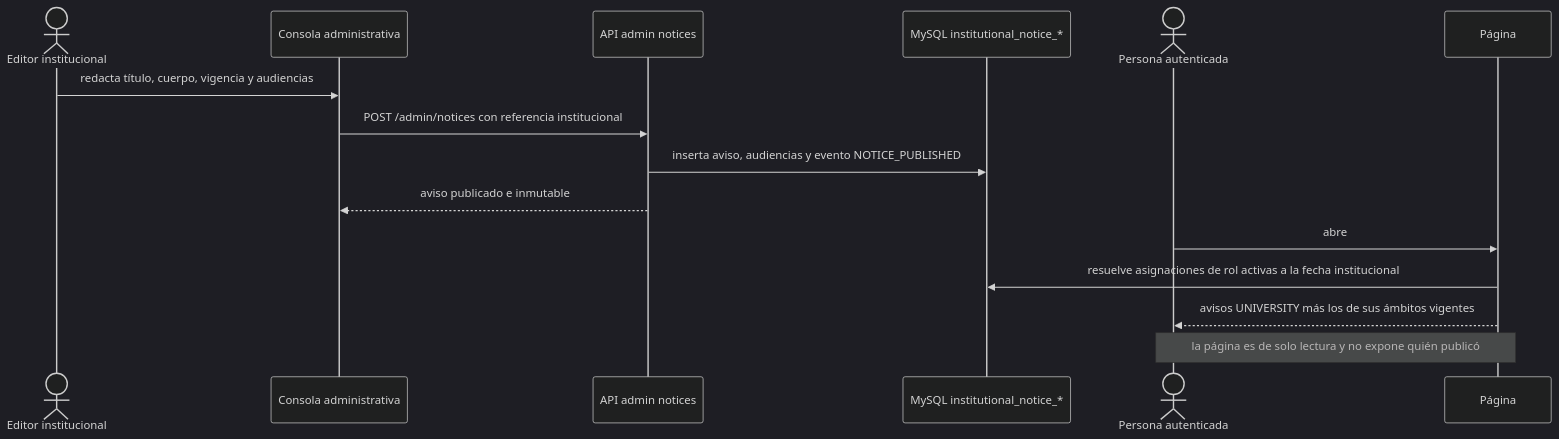
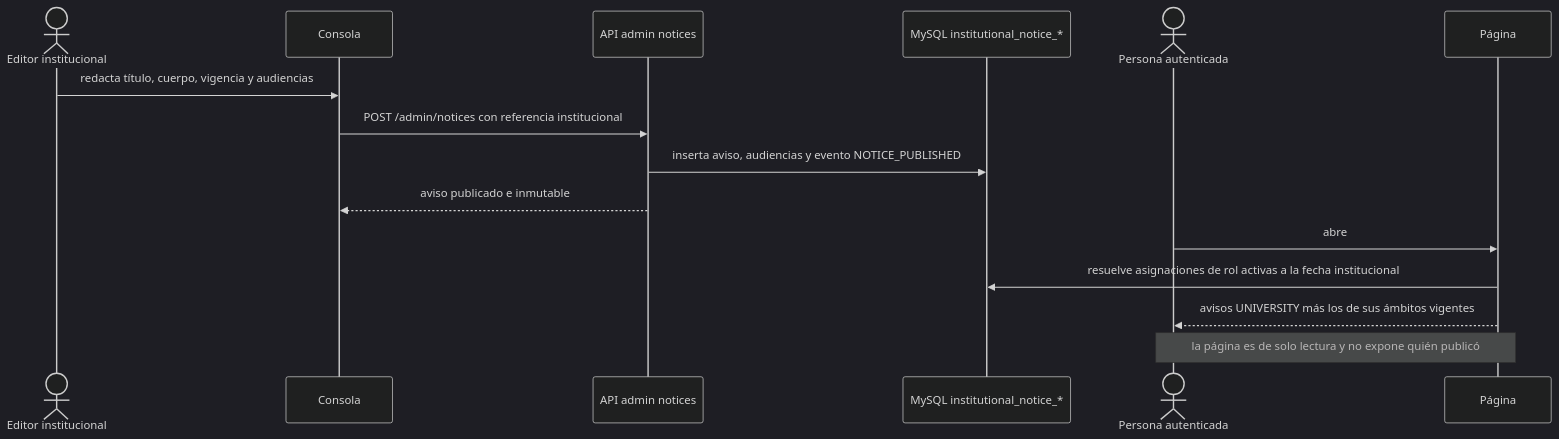
Before and after one commit to jdsalasca/open-university-backend: diagram 36 of 36 in docs/architecture/process-flows.md, drawn with Mermaid (dark theme). The commit also changed other lines of this file and 1 other file, not shown here.

Commit message:
docs: name the notices publishing console in the roadmap and flow

````diff
--- a/docs/architecture/process-flows.md
+++ b/docs/architecture/process-flows.md
@@ -1454,19 +1454,19 @@
 ```mermaid
 sequenceDiagram
   actor Editor as Editor institucional
-  participant Console as Consola administrativa
+  participant Console as Consola #avisos-admin
   participant API as API admin notices
   participant DB as MySQL institutional_notice_*
   actor Person as Persona autenticada
   participant Mine as Página #avisos
 
   Editor->>Console: redacta título, cuerpo, vigencia y audiencias
   Console->>API: POST /admin/notices con referencia institucional
   API->>DB: inserta aviso, audiencias y evento NOTICE_PUBLISHED
   API-->>Console: aviso publicado e inmutable
 
   Person->>Mine: abre #avisos
   Mine->>DB: resuelve asignaciones de rol activas a la fecha institucional
   Mine-->>Person: avisos UNIVERSITY más los de sus ámbitos vigentes
   Note over Mine,Person: la página es de solo lectura y no expone quién publicó
 ```
````
